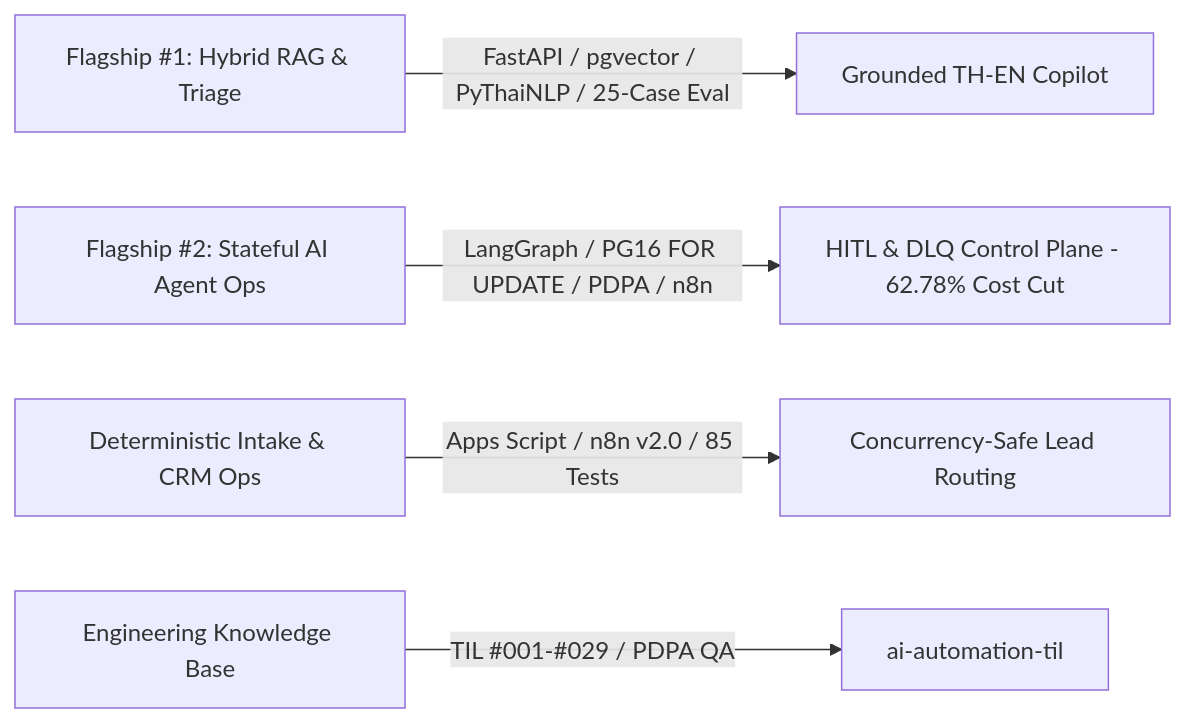
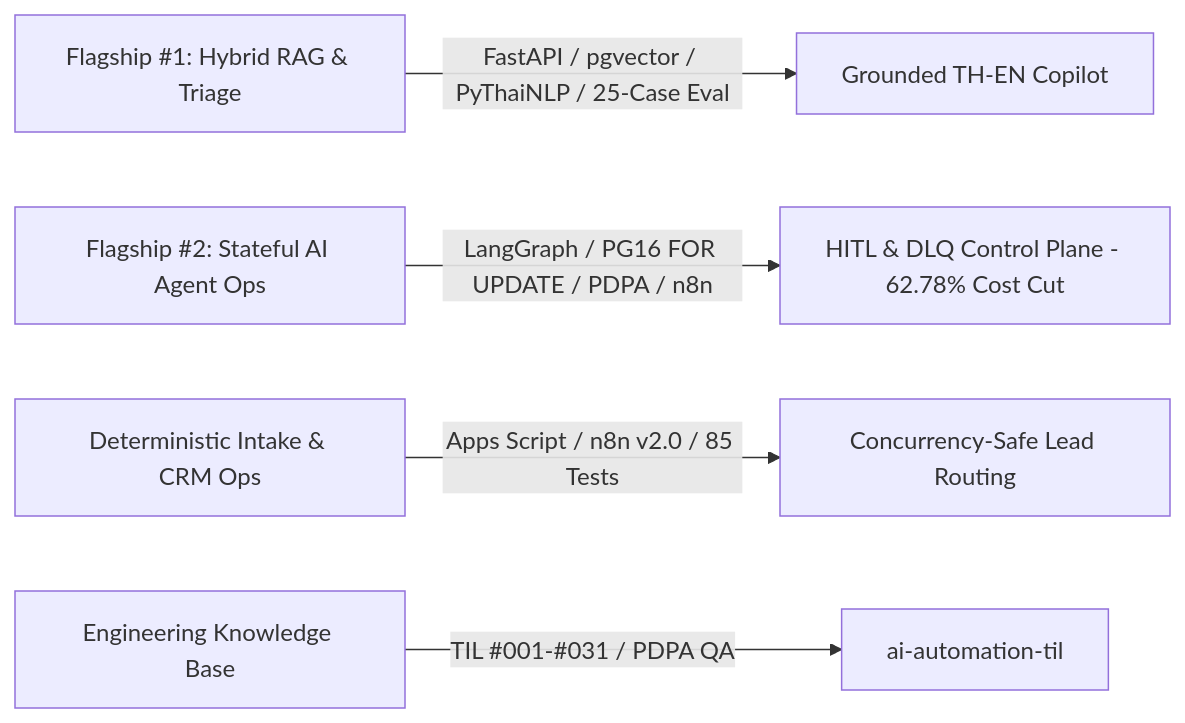
One commit to ApecSinlapachai/ApecSinlapachai changed the diagram in README.md. Above: the diagram before and after it, drawn with Mermaid. The commit also changed other lines of this file, not shown here.

Commit message:
docs: update TIL count to #001-#031

````diff
--- a/README.md
+++ b/README.md
@@ -72,7 +72,7 @@
 ```mermaid
 flowchart LR
     A[Flagship #1: Hybrid RAG & Triage] -->|FastAPI / pgvector / PyThaiNLP / 25-Case Eval| B[Grounded TH-EN Copilot]
     C[Flagship #2: Stateful AI Agent Ops] -->|LangGraph / PG16 FOR UPDATE / PDPA / n8n| D[HITL & DLQ Control Plane - 62.78% Cost Cut]
     E[Deterministic Intake & CRM Ops] -->|Apps Script / n8n v2.0 / 85 Tests| F[Concurrency-Safe Lead Routing]
-    G[Engineering Knowledge Base] -->|TIL #001-#029 / PDPA QA| H[ai-automation-til]
+    G[Engineering Knowledge Base] -->|TIL #001-#031 / PDPA QA| H[ai-automation-til]
 ```
````
